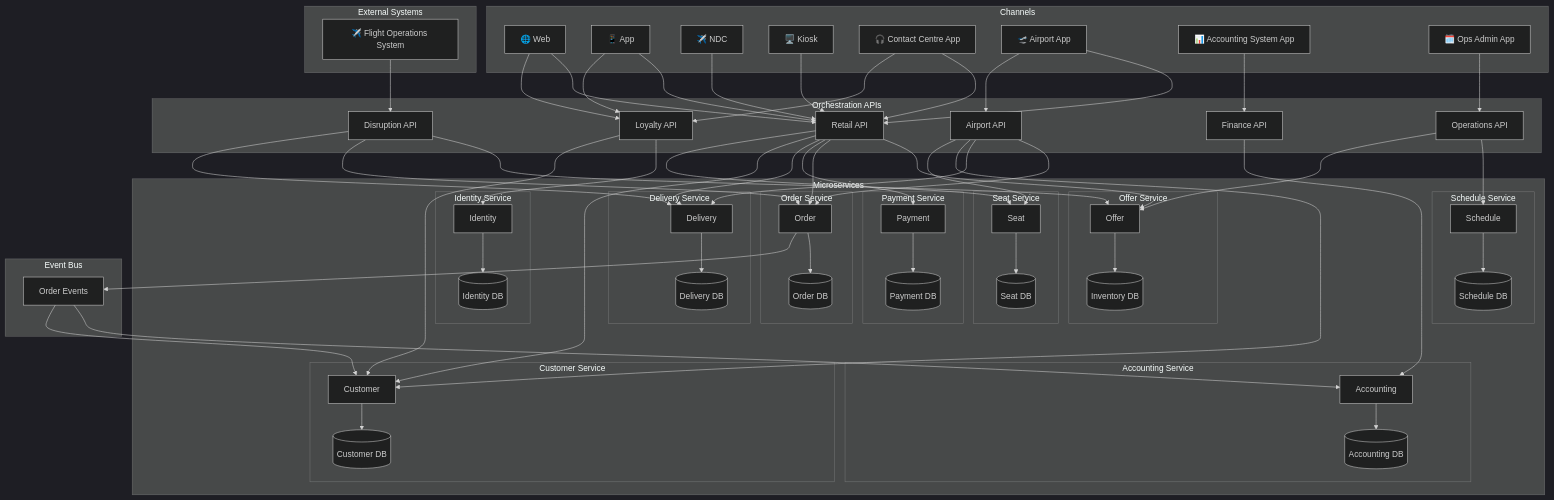
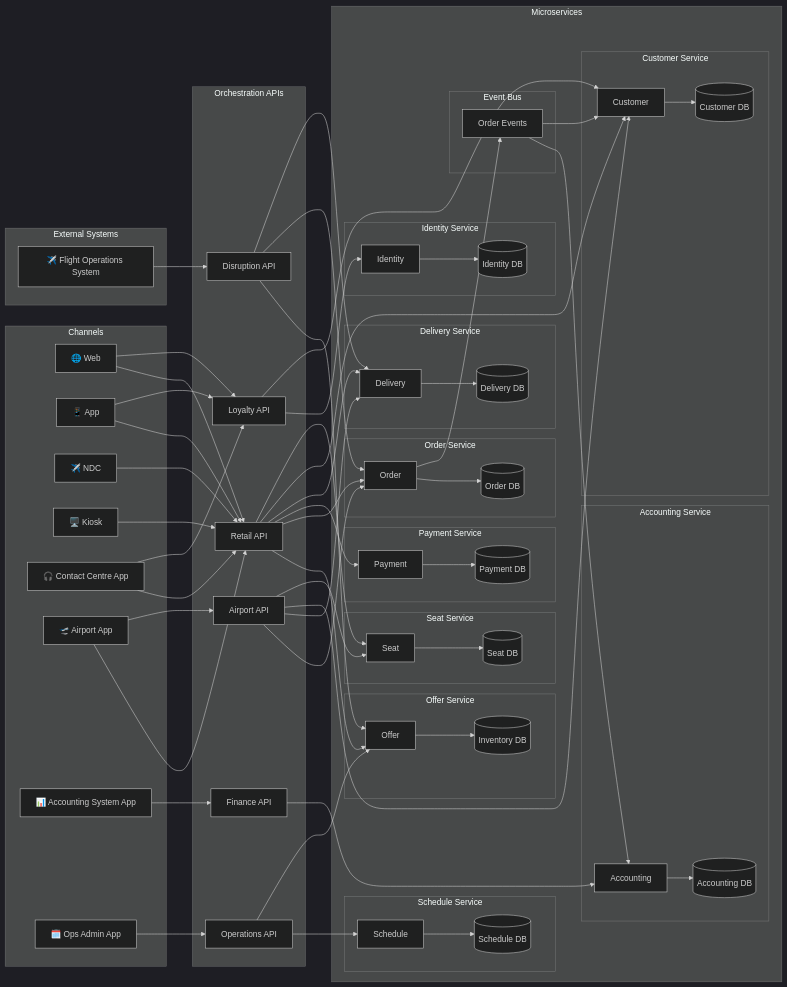
One commit to sebharvey/airline-reservation-system changed the first of 27 diagrams in architecture/design.md. Above: the diagram before and after it, drawn with Mermaid (dark theme).

````diff
--- a/architecture/design.md
+++ b/architecture/design.md
@@ -185,5 +185,5 @@
 ```mermaid
-graph TB
+graph LR
     subgraph ExternalSystems["External Systems"]
         FOS[✈️ Flight Operations System]
     end
@@ -253,10 +253,11 @@
             SCHEDULE[Schedule]
             SCHEDULE_DB[(Schedule DB)]
         end
-    end
 
-    subgraph Events["Event Bus"]
-        EVT[Order Events]
+        subgraph Events["Event Bus"]
+            EVT[Order Events]
+        end
+
     end
 
     %% External → Orchestration
````
